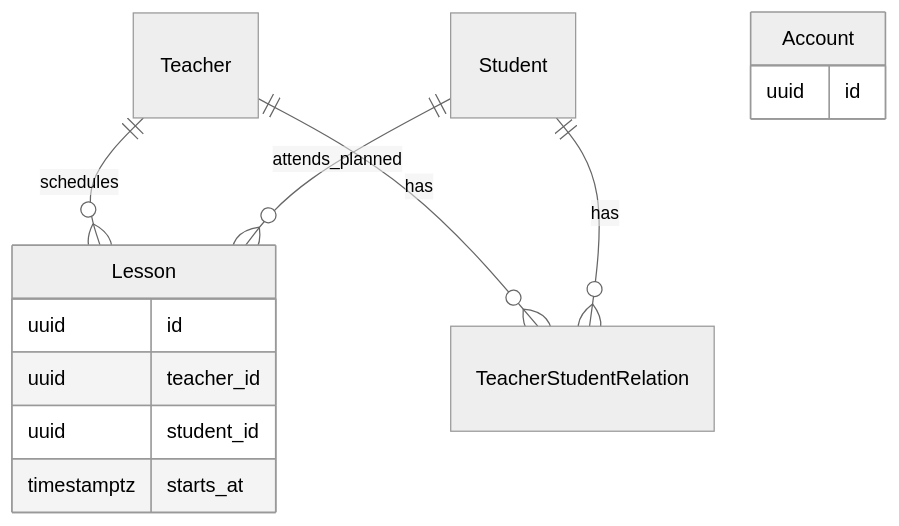
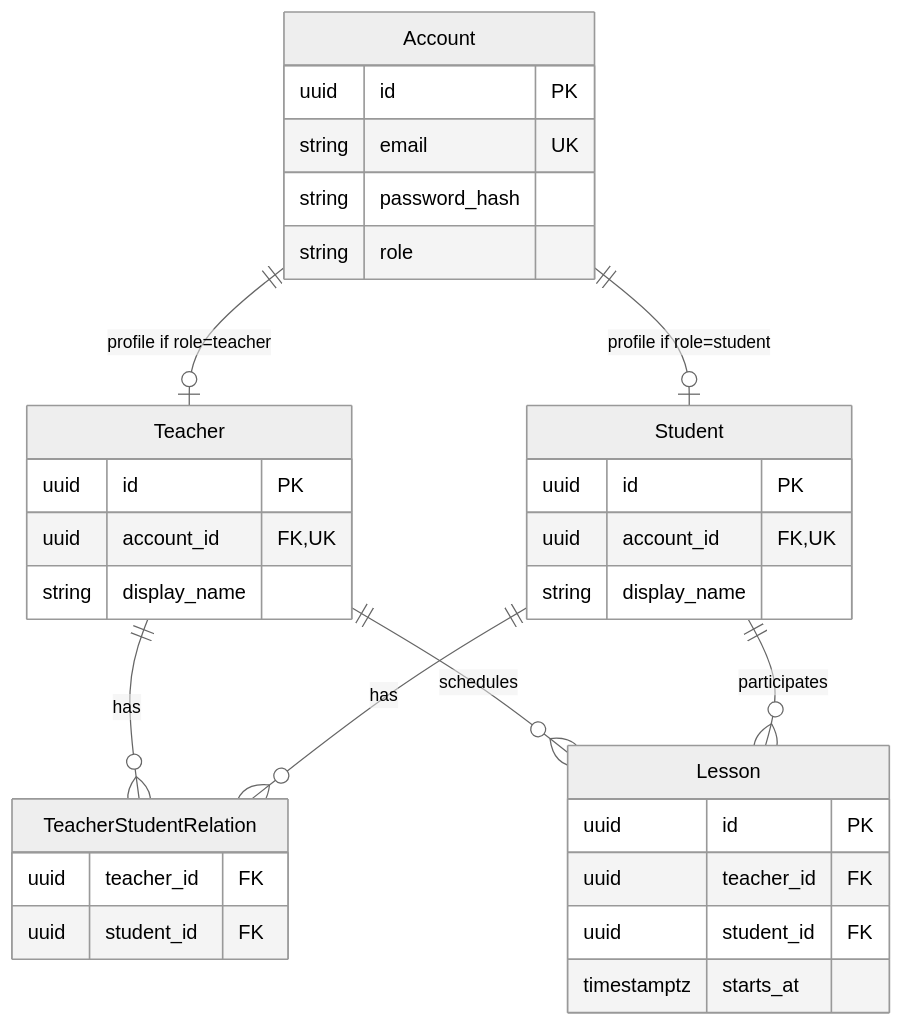
The diagram in docs/architecture/data-model.md (tydysh-team/Takt), drawn with Mermaid (neutral theme) before and after one commit. The commit also changed other lines of this file, not shown here.

Commit message:
Enhance data model with Account and relationship details
Updated the data model to include Account relationships with Teacher and Student, clarified the uniqueness of Teacher-Student relations, and refined the Lesson structure.

````diff
--- a/docs/architecture/data-model.md
+++ b/docs/architecture/data-model.md
@@ -23,16 +23,42 @@
 ```mermaid
 erDiagram
-    Teacher ||--o{ Lesson : schedules
-    Student ||--o{ Lesson : attends_planned
+    Account ||--o| Teacher : "profile if role=teacher"
+    Account ||--o| Student : "profile if role=student"
+
     Teacher ||--o{ TeacherStudentRelation : has
     Student ||--o{ TeacherStudentRelation : has
+
+    Teacher ||--o{ Lesson : schedules
+    Student ||--o{ Lesson : participates
+
     Account {
-        uuid id
+        uuid id PK
+        string email UK
+        string password_hash
+        string role
     }
+
+    Teacher {
+        uuid id PK
+        uuid account_id FK, UK
+        string display_name
+    }
+
+    Student {
+        uuid id PK
+        uuid account_id FK, UK
+        string display_name
+    }
+
+    TeacherStudentRelation {
+        uuid teacher_id FK
+        uuid student_id FK
+    }
+
     Lesson {
-        uuid id
-        uuid teacher_id
-        uuid student_id
+        uuid id PK
+        uuid teacher_id FK
+        uuid student_id FK
         timestamptz starts_at
     }
 ```
````
